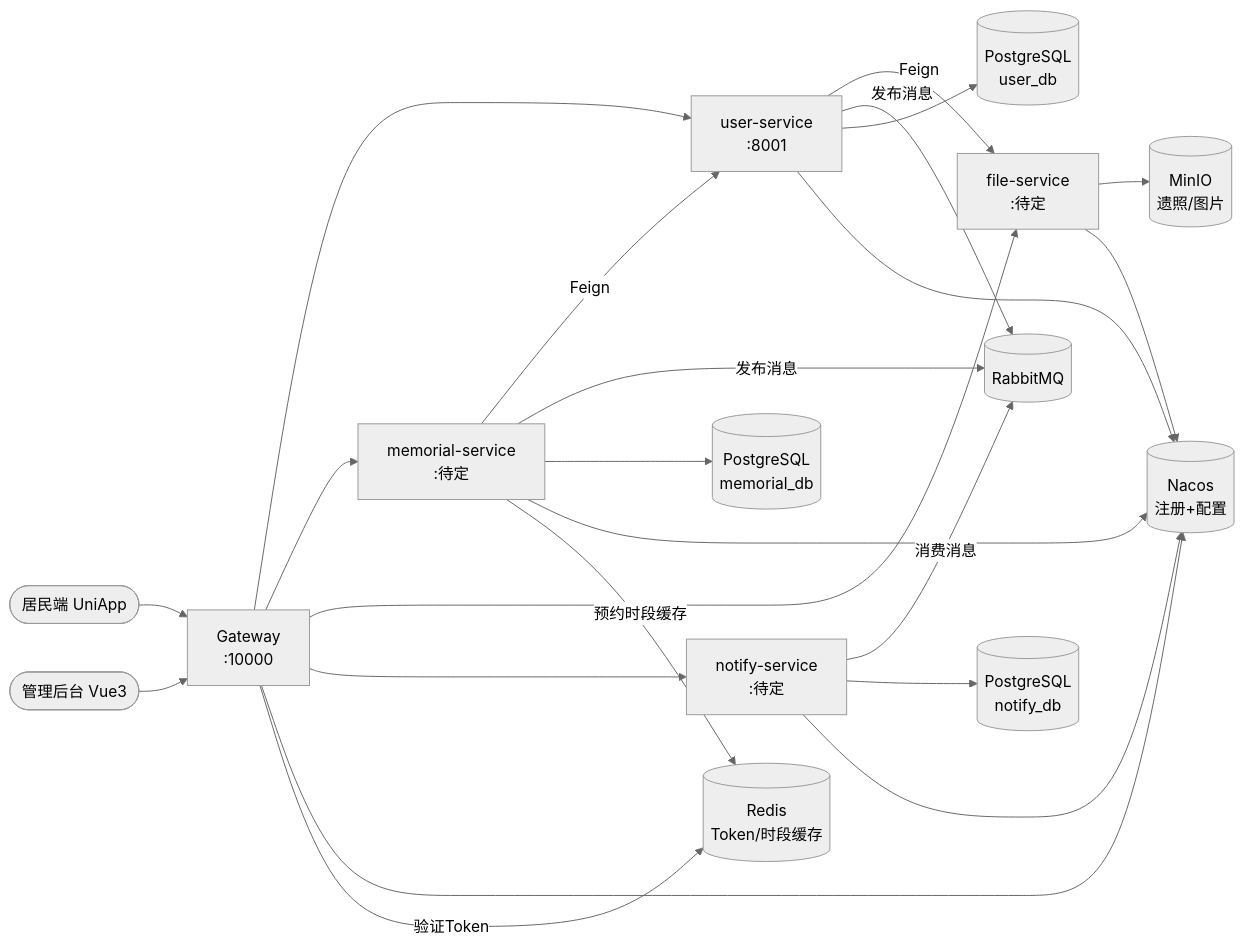
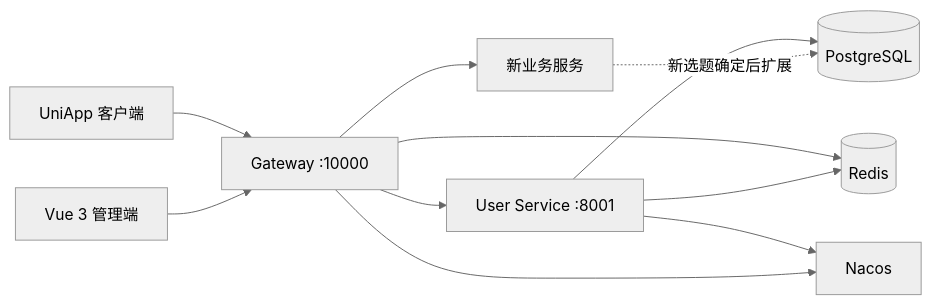
One commit to jiayuhan123/graduation-project changed the diagram in 项目文档/3-架构设计/微服务架构设计.md. Above: the diagram before and after it, drawn with Mermaid (neutral theme). The commit also changed other lines of this file and 65 other files, not shown here.

````diff
--- a/项目文档/3-架构设计/微服务架构设计.md
+++ b/项目文档/3-架构设计/微服务架构设计.md
@@ -230,30 +17,13 @@
 ```mermaid
-graph LR
-    Client([居民端 UniApp]) --> GW[Gateway<br/>:10000]
-    Admin([管理后台 Vue3]) --> GW
-
-    GW --> US[user-service<br/>:8001]
-    GW --> MS[memorial-service<br/>:待定]
-    GW --> FS[file-service<br/>:待定]
-    GW --> NS[notify-service<br/>:待定]
-
-    US -->|Feign| FS
-    MS -->|Feign| US
-    MS -->|发布消息| MQ[(RabbitMQ)]
-    US -->|发布消息| MQ
-    NS -->|消费消息| MQ
-
-    US --> PG[(PostgreSQL<br/>user_db)]
-    MS --> PG2[(PostgreSQL<br/>memorial_db)]
-    FS --> MinIO[(MinIO<br/>遗照/图片)]
-    NS --> PG3[(PostgreSQL<br/>notify_db)]
-
-    GW --> Nacos[(Nacos<br/>注册+配置)]
-    US --> Nacos
-    MS --> Nacos
-    FS --> Nacos
-    NS --> Nacos
-
-    GW -->|验证Token| Redis[(Redis<br/>Token/时段缓存)]
-    MS -->|预约时段缓存| Redis
+flowchart LR
+    Client[UniApp 客户端] --> Gateway[Gateway :10000]
+    Admin[Vue 3 管理端] --> Gateway
+    Gateway --> User[User Service :8001]
+    Gateway --> Biz[新业务服务]
+    Gateway --> Redis[(Redis)]
+    User --> PostgreSQL[(PostgreSQL)]
+    User --> Redis
+    User --> Nacos[Nacos]
+    Gateway --> Nacos
+    Biz -. 新选题确定后扩展 .-> PostgreSQL
 ```
````
